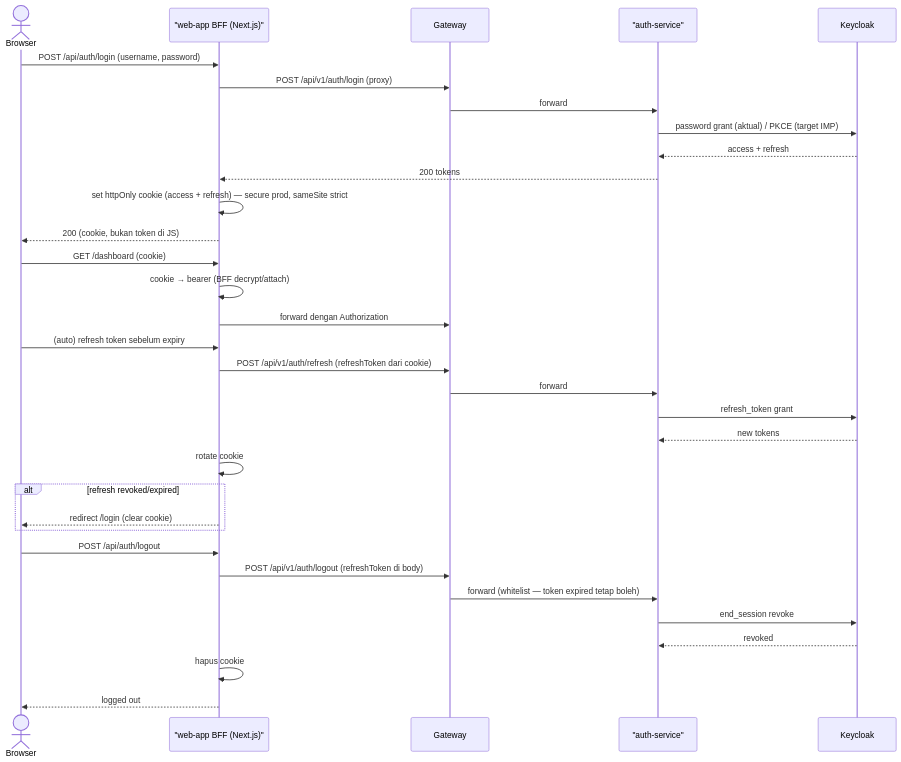
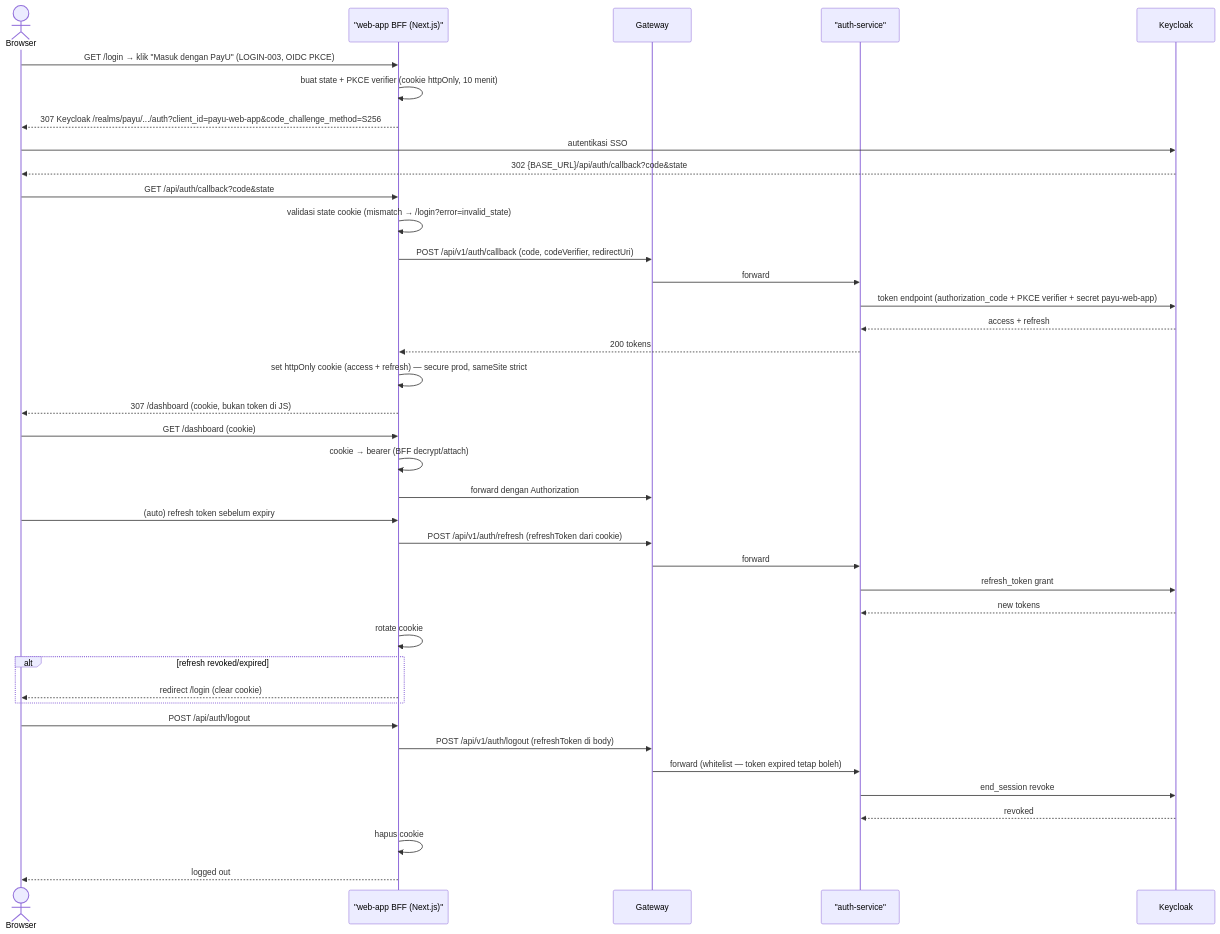
Diagram 46 of 57 in docs/product/FLOWS.md (fajjarnr/payu), drawn with Mermaid before and after one commit. The commit also changed other lines of this file and 1 other file, not shown here.

First line of the commit message:
docs: sync login flow to oidc pkce

````diff
--- a/docs/product/FLOWS.md
+++ b/docs/product/FLOWS.md
@@ -1569,39 +1569,44 @@
 ```mermaid
 sequenceDiagram
     actor Br as Browser
     participant B as "web-app BFF (Next.js)"
     participant G as Gateway
     participant A as "auth-service"
     participant KC as Keycloak
-
-    Br->>B: POST /api/auth/login (username, password)
-    B->>G: POST /api/v1/auth/login (proxy)
+    Br->>B: GET /login → klik "Masuk dengan PayU" (LOGIN-003, OIDC PKCE)
+    B->>B: buat state + PKCE verifier (cookie httpOnly, 10 menit)
+    B-->>Br: 307 Keycloak /realms/payu/.../auth?client_id=payu-web-app&code_challenge_method=S256
+    Br->>KC: autentikasi SSO
+    KC-->>Br: 302 {BASE_URL}/api/auth/callback?code&state
+    Br->>B: GET /api/auth/callback?code&state
+    B->>B: validasi state cookie (mismatch → /login?error=invalid_state)
+    B->>G: POST /api/v1/auth/callback (code, codeVerifier, redirectUri)
     G->>A: forward
-    A->>KC: password grant (aktual) / PKCE (target IMP)
+    A->>KC: token endpoint (authorization_code + PKCE verifier + secret payu-web-app)
     KC-->>A: access + refresh
     A-->>B: 200 tokens
     B->>B: set httpOnly cookie (access + refresh) — secure prod, sameSite strict
-    B-->>Br: 200 (cookie, bukan token di JS)
+    B-->>Br: 307 /dashboard (cookie, bukan token di JS)
 
     Br->>B: GET /dashboard (cookie)
     B->>B: cookie → bearer (BFF decrypt/attach)
     B->>G: forward dengan Authorization
 
     Br->>B: (auto) refresh token sebelum expiry
     B->>G: POST /api/v1/auth/refresh (refreshToken dari cookie)
     G->>A: forward
     A->>KC: refresh_token grant
     KC-->>A: new tokens
     B->>B: rotate cookie
     alt refresh revoked/expired
         B-->>Br: redirect /login (clear cookie)
     end
 
     Br->>B: POST /api/auth/logout
     B->>G: POST /api/v1/auth/logout (refreshToken di body)
     G->>A: forward (whitelist — token expired tetap boleh)
     A->>KC: end_session revoke
     KC-->>A: revoked
     B->>B: hapus cookie
     B-->>Br: logged out
 ```
````
